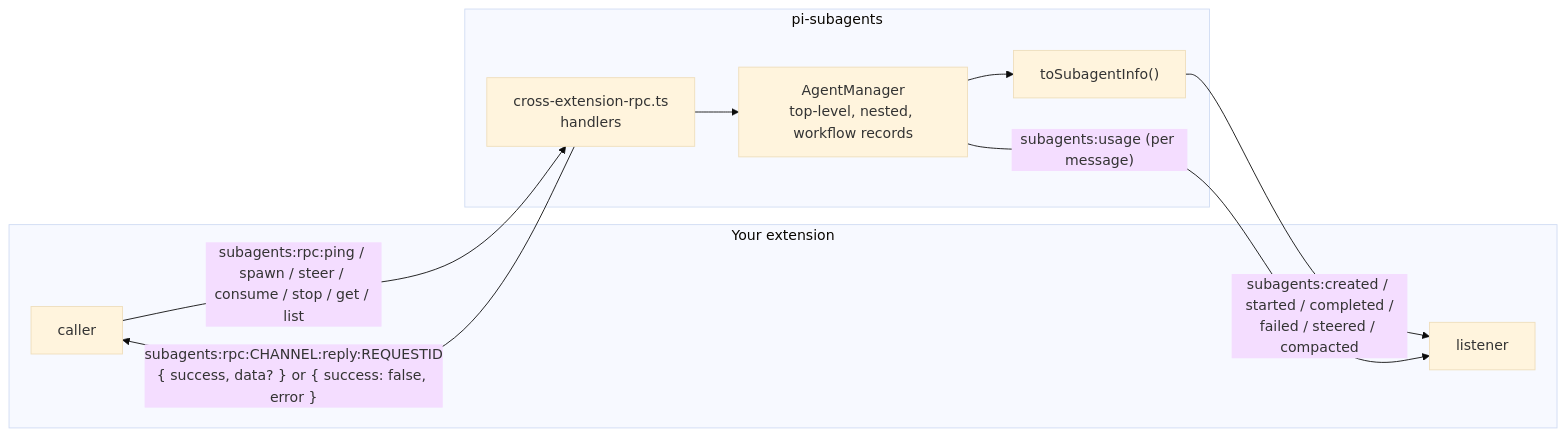
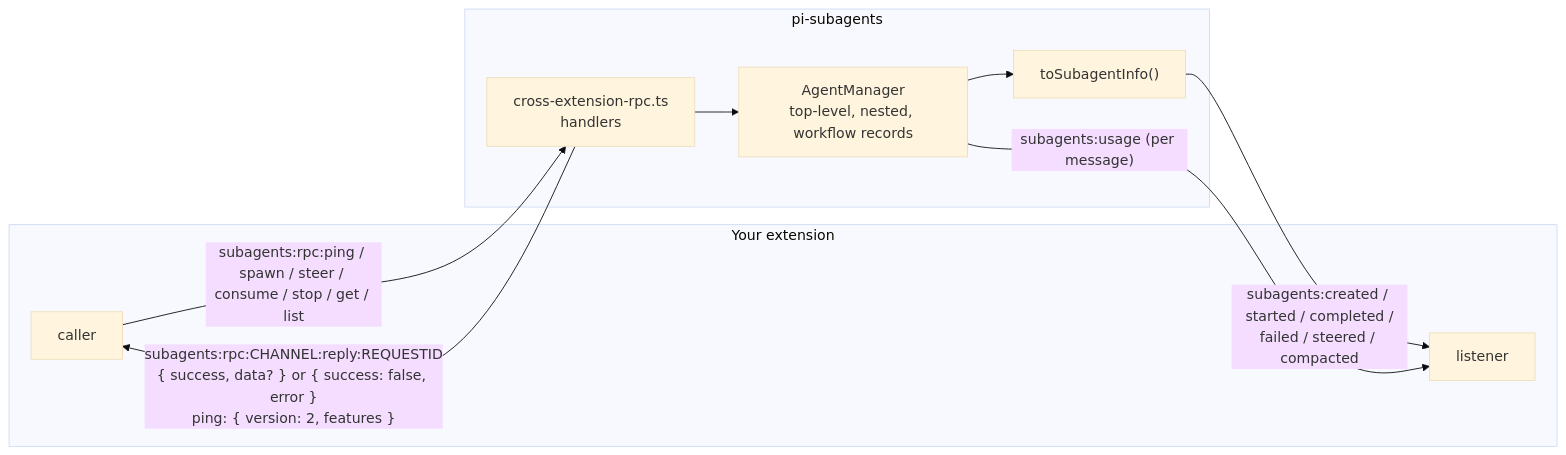
One commit to tintinweb/pi-subagents changed the first of 6 diagrams in docs/rpc.md. Above: the diagram before and after it, drawn with Mermaid (base theme). The commit also changed other lines of this file and 10 other files, not shown here.

Commit message:
feat(rpc): add settling, repeatable stop, settleTimeoutMs, ping features and ownUsage

````diff
--- a/docs/rpc.md
+++ b/docs/rpc.md
@@ -13,18 +13,18 @@
 ```mermaid
 flowchart LR
   subgraph you["Your extension"]
     L["listener"]
     C["caller"]
   end
   subgraph ext["pi-subagents"]
     R["cross-extension-rpc.ts<br/>handlers"]
     M["AgentManager<br/>top-level, nested, workflow records"]
     I["toSubagentInfo()"]
   end
   C -- "subagents:rpc:ping / spawn / steer / consume / stop / get / list" --> R
-  R -- "subagents:rpc:CHANNEL:reply:REQUESTID<br/>{ success, data? } or { success: false, error }" --> C
+  R -- "subagents:rpc:CHANNEL:reply:REQUESTID<br/>{ success, data? } or { success: false, error }<br/>ping: { version: 2, features }" --> C
   R --> M
   M --> I
   I -- "subagents:created / started / completed /<br/>failed / steered / compacted" --> L
   M -- "subagents:usage (per message)" --> L
 ```
````
